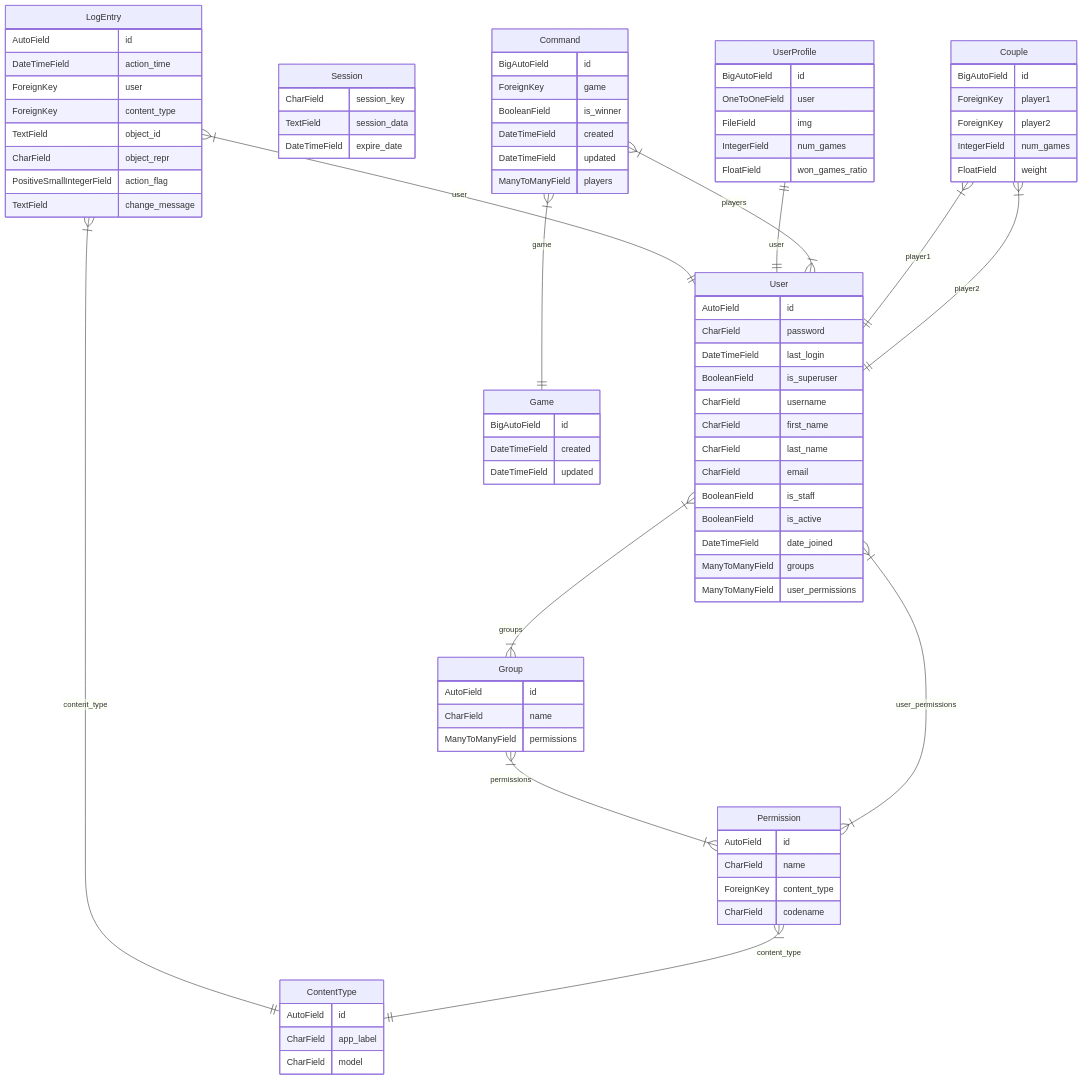
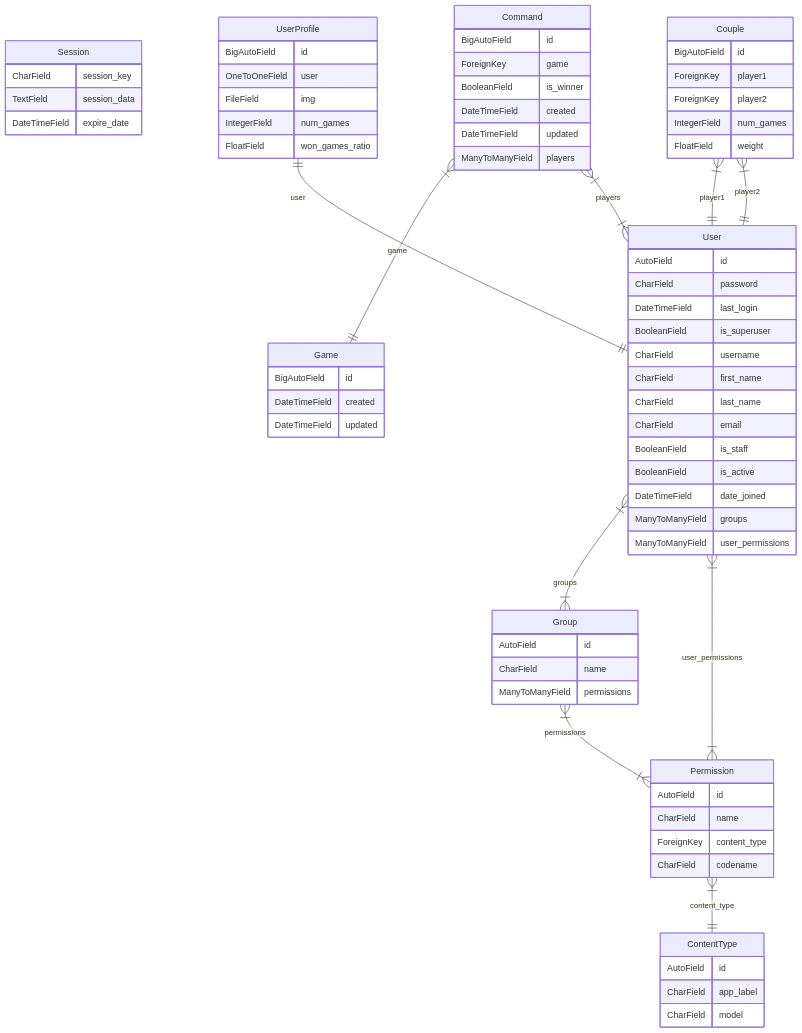
Before and after one commit to an-2-an/data: the diagram in diagram.md, drawn with Mermaid.

```diff
--- a/diagram.md
+++ b/diagram.md
@@ -3,16 +3,6 @@
 Django ER Diagram
 ---
 erDiagram
-LogEntry {
-    AutoField id
-    DateTimeField action_time
-    ForeignKey user
-    ForeignKey content_type
-    TextField object_id
-    CharField object_repr
-    PositiveSmallIntegerField action_flag
-    TextField change_message
-}
 Permission {
     AutoField id
     CharField name
@@ -76,8 +66,6 @@
     IntegerField num_games
     FloatField weight
 }
-LogEntry }|--|| User : user
-LogEntry }|--|| ContentType : content_type
 Permission }|--|| ContentType : content_type
 Group }|--|{ Permission : permissions
 User }|--|{ Group : groups
```
